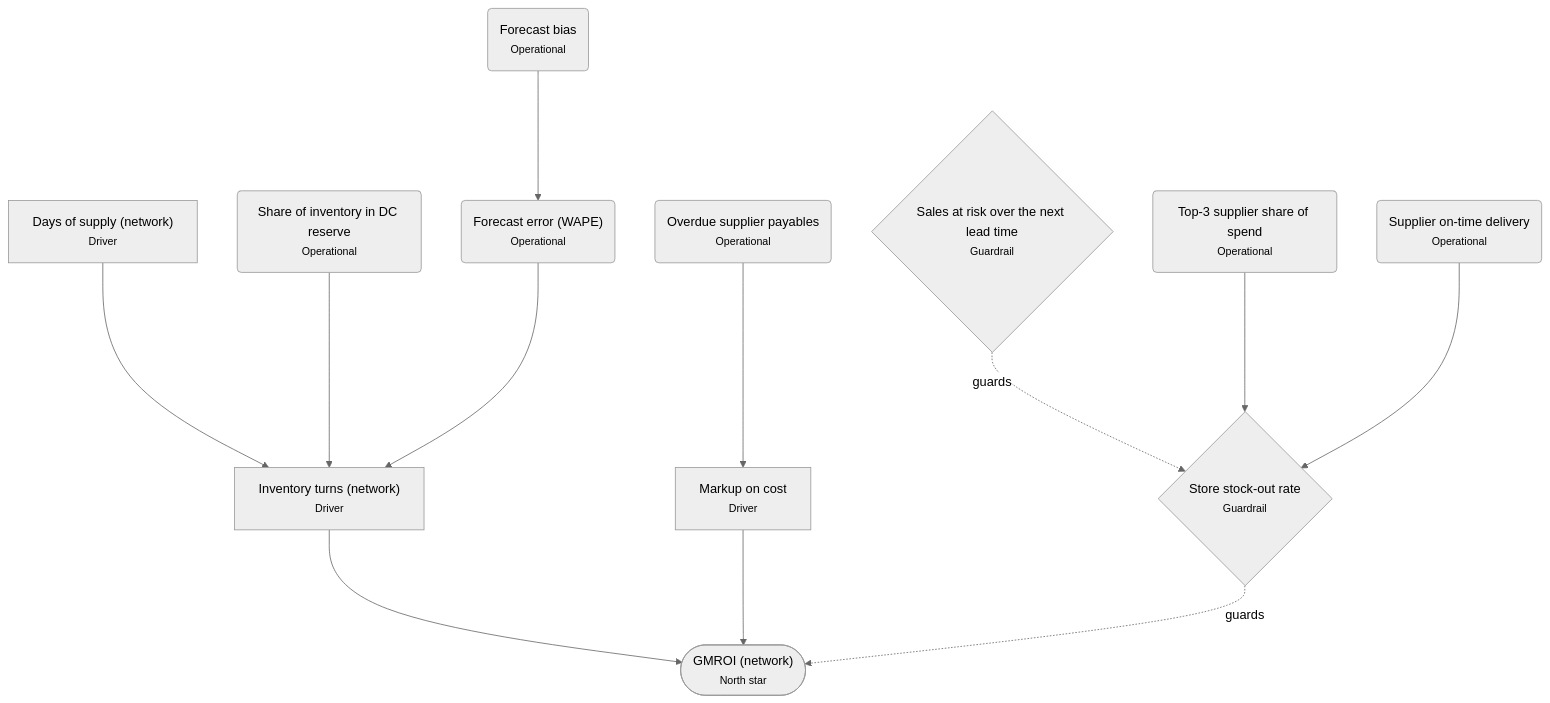
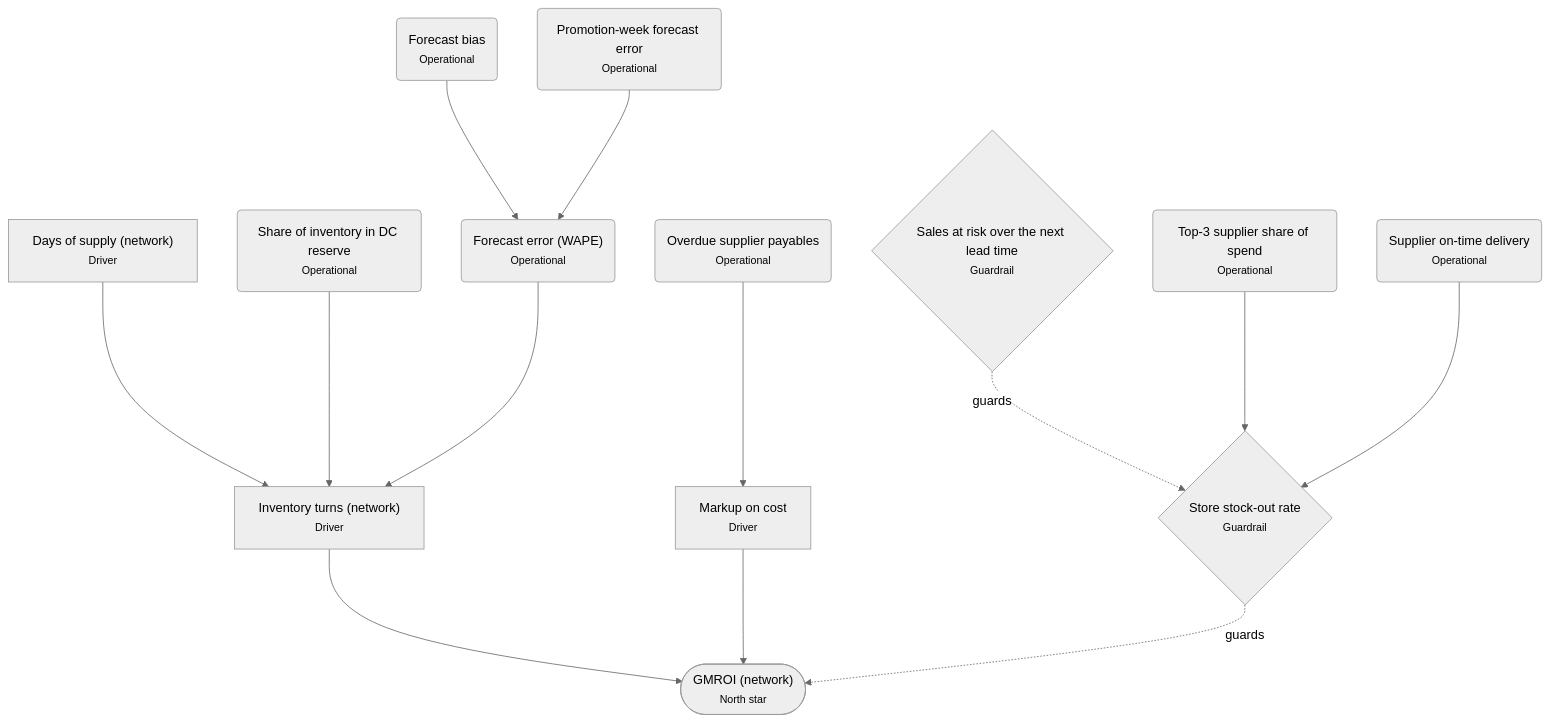
The diagram in docs/backend/metrics.md (avixd/retail-inventory-app), drawn with Mermaid (neutral theme) before and after one commit. The commit also changed other lines of this file and 216 other files, not shown here.

````diff
--- a/docs/backend/metrics.md
+++ b/docs/backend/metrics.md
@@ -10,26 +10,28 @@
 ```mermaid
 flowchart TD
     gmroi(["GMROI (network)<br/><small>North star</small>"])
     turns["Inventory turns (network)<br/><small>Driver</small>"]
     markup["Markup on cost<br/><small>Driver</small>"]
     days_of_supply["Days of supply (network)<br/><small>Driver</small>"]
     reserve_share("Share of inventory in DC reserve<br/><small>Operational</small>")
     forecast_wape("Forecast error (WAPE)<br/><small>Operational</small>")
     forecast_bias("Forecast bias<br/><small>Operational</small>")
+    promo_week_wape("Promotion-week forecast error<br/><small>Operational</small>")
     stockout_rate{"Store stock-out rate<br/><small>Guardrail</small>"}
     sales_at_risk{"Sales at risk over the next lead time<br/><small>Guardrail</small>"}
     supplier_concentration("Top-3 supplier share of spend<br/><small>Operational</small>")
     supplier_on_time("Supplier on-time delivery<br/><small>Operational</small>")
     overdue_payables("Overdue supplier payables<br/><small>Operational</small>")
     turns --> gmroi
     markup --> gmroi
     days_of_supply --> turns
     reserve_share --> turns
     forecast_wape --> turns
     forecast_bias --> forecast_wape
+    promo_week_wape --> forecast_wape
     stockout_rate -.->|guards| gmroi
     sales_at_risk -.->|guards| stockout_rate
     supplier_concentration --> stockout_rate
     supplier_on_time --> stockout_rate
     overdue_payables --> markup
 ```
````
